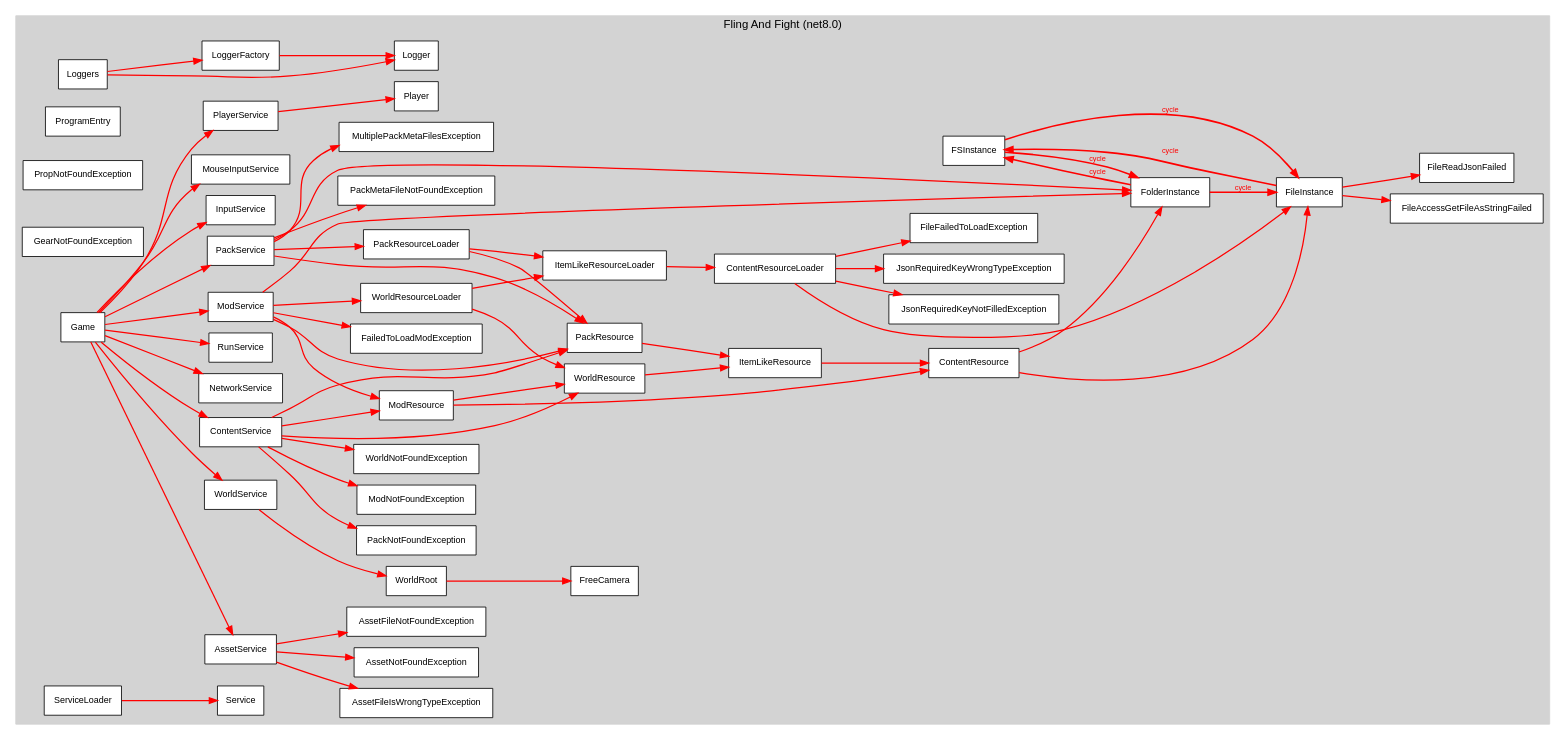
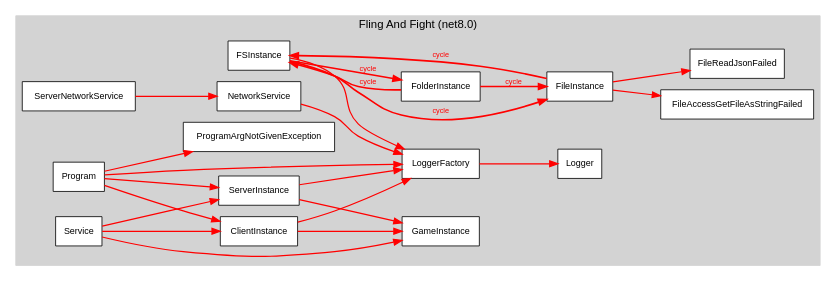
Before and after one commit to Nikaxe-dev/Fling-And-Fight: the diagram in FaF-GODOT/class-dependency-graph.dot, drawn with Graphviz. The commit also changed 16 other files, not shown here.

First line of the commit message:
feat: NetworkService

```diff
--- a/FaF-GODOT/class-dependency-graph.dot
+++ b/FaF-GODOT/class-dependency-graph.dot
@@ -11,59 +11,27 @@
     style="filled";
     color="lightgray";
 
-    "Fling And Fight.Loggers" [label="Loggers", fillcolor=white, tooltip="FaF.Debug.Loggers"];
-    "Fling And Fight.Logger" [label="Logger", fillcolor=white, tooltip="FaF.Debug.Logger"];
-    "Fling And Fight.LoggerFactory" [label="LoggerFactory", fillcolor=white, tooltip="FaF.Debug.LoggerFactory"];
-    "Fling And Fight.FSInstance" [label="FSInstance", fillcolor=white, tooltip="FaF.FileSystem.FSInstance"];
-    "Fling And Fight.FileInstance" [label="FileInstance", fillcolor=white, tooltip="FaF.FileSystem.FileInstance"];
-    "Fling And Fight.FileAccessGetFileAsStringFailed" [label="FileAccessGetFileAsStringFailed", fillcolor=white, tooltip="FaF.FileSystem.FileAccessGetFileAsStringFailed"];
-    "Fling And Fight.FileReadJsonFailed" [label="FileReadJsonFailed", fillcolor=white, tooltip="FaF.FileSystem.FileReadJsonFailed"];
-    "Fling And Fight.FolderInstance" [label="FolderInstance", fillcolor=white, tooltip="FaF.FileSystem.FolderInstance"];
-    "Fling And Fight.ProgramEntry" [label="ProgramEntry", fillcolor=white, tooltip="FaF.ProgramEntry"];
-    "Fling And Fight.AssetService" [label="AssetService", fillcolor=white, tooltip="FaF.Services.Content.AssetService"];
-    "Fling And Fight.AssetNotFoundException" [label="AssetNotFoundException", fillcolor=white, tooltip="FaF.Services.Content.AssetNotFoundException"];
-    "Fling And Fight.AssetFileNotFoundException" [label="AssetFileNotFoundException", fillcolor=white, tooltip="FaF.Services.Content.AssetFileNotFoundException"];
-    "Fling And Fight.AssetFileIsWrongTypeException" [label="AssetFileIsWrongTypeException", fillcolor=white, tooltip="FaF.Services.Content.AssetFileIsWrongTypeException"];
-    "Fling And Fight.ContentService" [label="ContentService", fillcolor=white, tooltip="FaF.Services.Content.ContentService"];
-    "Fling And Fight.PackNotFoundException" [label="PackNotFoundException", fillcolor=white, tooltip="FaF.Services.Content.PackNotFoundException"];
-    "Fling And Fight.ModNotFoundException" [label="ModNotFoundException", fillcolor=white, tooltip="FaF.Services.Content.ModNotFoundException"];
-    "Fling And Fight.WorldNotFoundException" [label="WorldNotFoundException", fillcolor=white, tooltip="FaF.Services.Content.WorldNotFoundException"];
-    "Fling And Fight.PropNotFoundException" [label="PropNotFoundException", fillcolor=white, tooltip="FaF.Services.Content.PropNotFoundException"];
-    "Fling And Fight.GearNotFoundException" [label="GearNotFoundException", fillcolor=white, tooltip="FaF.Services.Content.GearNotFoundException"];
-    "Fling And Fight.ContentResource" [label="ContentResource", fillcolor=white, tooltip="FaF.Services.Content.Resources.ContentResource"];
-    "Fling And Fight.ItemLikeResource" [label="ItemLikeResource", fillcolor=white, tooltip="FaF.Services.Content.Resources.ItemLikeResource"];
-    "Fling And Fight.ModResource" [label="ModResource", fillcolor=white, tooltip="FaF.Services.Content.Resources.ModResource"];
-    "Fling And Fight.PackResource" [label="PackResource", fillcolor=white, tooltip="FaF.Services.Content.Resources.PackResource"];
-    "Fling And Fight.WorldResource" [label="WorldResource", fillcolor=white, tooltip="FaF.Services.Content.Resources.WorldResource"];
-    "Fling And Fight.Game" [label="Game", fillcolor=white, tooltip="FaF.Services.Game"];
-    "Fling And Fight.NetworkService" [label="NetworkService", fillcolor=white, tooltip="FaF.Services.Lifecycle.NetworkService"];
-    "Fling And Fight.RunService" [label="RunService", fillcolor=white, tooltip="FaF.Services.Lifecycle.RunService"];
-    "Fling And Fight.ModService" [label="ModService", fillcolor=white, tooltip="FaF.Services.Modding.ModService"];
-    "Fling And Fight.FailedToLoadModException" [label="FailedToLoadModException", fillcolor=white, tooltip="FaF.Services.Modding.FailedToLoadModException"];
-    "Fling And Fight.PackService" [label="PackService", fillcolor=white, tooltip="FaF.Services.Modding.PackService"];
-    "Fling And Fight.PackMetaFileNotFoundException" [label="PackMetaFileNotFoundException", fillcolor=white, tooltip="FaF.Services.Modding.PackMetaFileNotFoundException"];
-    "Fling And Fight.MultiplePackMetaFilesException" [label="MultiplePackMetaFilesException", fillcolor=white, tooltip="FaF.Services.Modding.MultiplePackMetaFilesException"];
-    "Fling And Fight.ContentResourceLoader" [label="ContentResourceLoader", fillcolor=white, tooltip="FaF.Services.Modding.ResourceLoaders.ContentResourceLoader"];
-    "Fling And Fight.FileFailedToLoadException" [label="FileFailedToLoadException", fillcolor=white, tooltip="FaF.Services.Modding.ResourceLoaders.FileFailedToLoadException"];
-    "Fling And Fight.JsonRequiredKeyNotFilledException" [label="JsonRequiredKeyNotFilledException", fillcolor=white, tooltip="FaF.Services.Modding.ResourceLoaders.JsonRequiredKeyNotFilledException"];
-    "Fling And Fight.JsonRequiredKeyWrongTypeException" [label="JsonRequiredKeyWrongTypeException", fillcolor=white, tooltip="FaF.Services.Modding.ResourceLoaders.JsonRequiredKeyWrongTypeException"];
-    "Fling And Fight.ItemLikeResourceLoader" [label="ItemLikeResourceLoader", fillcolor=white, tooltip="FaF.Services.Modding.ResourceLoaders.ItemLikeResourceLoader"];
-    "Fling And Fight.PackResourceLoader" [label="PackResourceLoader", fillcolor=white, tooltip="FaF.Services.Modding.ResourceLoaders.PackResourceLoader"];
-    "Fling And Fight.WorldResourceLoader" [label="WorldResourceLoader", fillcolor=white, tooltip="FaF.Services.Modding.ResourceLoaders.WorldResourceLoader"];
-    "Fling And Fight.Service" [label="Service", fillcolor=white, tooltip="FaF.Services.Service"];
-    "Fling And Fight.ServiceLoader" [label="ServiceLoader", fillcolor=white, tooltip="FaF.Services.ServiceLoader"];
-    "Fling And Fight.InputService" [label="InputService", fillcolor=white, tooltip="FaF.Services.UserInput.InputService"];
-    "Fling And Fight.MouseInputService" [label="MouseInputService", fillcolor=white, tooltip="FaF.Services.UserInput.MouseInputService"];
-    "Fling And Fight.Player" [label="Player", fillcolor=white, tooltip="FaF.Services.World.Player"];
-    "Fling And Fight.PlayerService" [label="PlayerService", fillcolor=white, tooltip="FaF.Services.World.PlayerService"];
-    "Fling And Fight.WorldRoot" [label="WorldRoot", fillcolor=white, tooltip="FaF.Services.World.WorldRoot"];
-    "Fling And Fight.WorldService" [label="WorldService", fillcolor=white, tooltip="FaF.Services.World.WorldService"];
-    "Fling And Fight.FreeCamera" [label="FreeCamera", fillcolor=white, tooltip="FaF.Visuals.Camera.FreeCamera"];
+    "Fling And Fight.ClientInstance" [label="ClientInstance", fillcolor=white, tooltip="FaF.Client.ClientInstance"];
+    "Fling And Fight.Logger" [label="Logger", fillcolor=white, tooltip="FaF.Core.Debug.Logger"];
+    "Fling And Fight.LoggerFactory" [label="LoggerFactory", fillcolor=white, tooltip="FaF.Core.Debug.LoggerFactory"];
+    "Fling And Fight.FSInstance" [label="FSInstance", fillcolor=white, tooltip="FaF.Core.FileSystem.FSInstance"];
+    "Fling And Fight.FileInstance" [label="FileInstance", fillcolor=white, tooltip="FaF.Core.FileSystem.FileInstance"];
+    "Fling And Fight.FileAccessGetFileAsStringFailed" [label="FileAccessGetFileAsStringFailed", fillcolor=white, tooltip="FaF.Core.FileSystem.FileAccessGetFileAsStringFailed"];
+    "Fling And Fight.FileReadJsonFailed" [label="FileReadJsonFailed", fillcolor=white, tooltip="FaF.Core.FileSystem.FileReadJsonFailed"];
+    "Fling And Fight.FolderInstance" [label="FolderInstance", fillcolor=white, tooltip="FaF.Core.FileSystem.FolderInstance"];
+    "Fling And Fight.GameInstance" [label="GameInstance", fillcolor=white, tooltip="FaF.Core.GameInstance"];
+    "Fling And Fight.Program" [label="Program", fillcolor=white, tooltip="FaF.Core.Program"];
+    "Fling And Fight.ProgramArgNotGivenException" [label="ProgramArgNotGivenException", fillcolor=white, tooltip="FaF.Core.ProgramArgNotGivenException"];
+    "Fling And Fight.Service" [label="Service", fillcolor=white, tooltip="FaF.Core.Service"];
+    "Fling And Fight.NetworkService" [label="NetworkService", fillcolor=white, tooltip="FaF.Core.Services.Abstract.NetworkService"];
+    "Fling And Fight.ServerInstance" [label="ServerInstance", fillcolor=white, tooltip="FaF.Server.ServerInstance"];
+    "Fling And Fight.ServerNetworkService" [label="ServerNetworkService", fillcolor=white, tooltip="FaF.Server.Services.ServerNetworkService"];
   }
 
-  "Fling And Fight.Loggers" -> "Fling And Fight.LoggerFactory" [penwidth=1.5];
-  "Fling And Fight.Loggers" -> "Fling And Fight.Logger" [penwidth=1.5];
+  "Fling And Fight.ClientInstance" -> "Fling And Fight.GameInstance" [penwidth=1.5];
+  "Fling And Fight.ClientInstance" -> "Fling And Fight.LoggerFactory" [penwidth=1.5];
   "Fling And Fight.LoggerFactory" -> "Fling And Fight.Logger" [penwidth=1.5];
+  "Fling And Fight.FSInstance" -> "Fling And Fight.LoggerFactory" [penwidth=1.5];
   "Fling And Fight.FSInstance" -> "Fling And Fight.FolderInstance" [penwidth=1.5, color="#FF0000", penwidth=2.0, fontcolor="#FF0000", label="cycle"];
   "Fling And Fight.FSInstance" -> "Fling And Fight.FileInstance" [penwidth=1.5, color="#FF0000", penwidth=2.0, fontcolor="#FF0000", label="cycle"];
   "Fling And Fight.FileInstance" -> "Fling And Fight.FSInstance" [penwidth=1.5, color="#FF0000", penwidth=2.0, fontcolor="#FF0000", label="cycle"];
@@ -71,53 +39,15 @@
   "Fling And Fight.FileInstance" -> "Fling And Fight.FileReadJsonFailed" [penwidth=1.5];
   "Fling And Fight.FolderInstance" -> "Fling And Fight.FSInstance" [penwidth=1.5, color="#FF0000", penwidth=2.0, fontcolor="#FF0000", label="cycle"];
   "Fling And Fight.FolderInstance" -> "Fling And Fight.FileInstance" [penwidth=1.5, color="#FF0000", penwidth=2.0, fontcolor="#FF0000", label="cycle"];
-  "Fling And Fight.AssetService" -> "Fling And Fight.AssetNotFoundException" [penwidth=1.5];
-  "Fling And Fight.AssetService" -> "Fling And Fight.AssetFileIsWrongTypeException" [penwidth=1.5];
-  "Fling And Fight.AssetService" -> "Fling And Fight.AssetFileNotFoundException" [penwidth=1.5];
-  "Fling And Fight.ContentService" -> "Fling And Fight.PackNotFoundException" [penwidth=1.5];
-  "Fling And Fight.ContentService" -> "Fling And Fight.ModNotFoundException" [penwidth=1.5];
-  "Fling And Fight.ContentService" -> "Fling And Fight.WorldNotFoundException" [penwidth=1.5];
-  "Fling And Fight.ContentService" -> "Fling And Fight.PackResource" [penwidth=1.5];
-  "Fling And Fight.ContentService" -> "Fling And Fight.ModResource" [penwidth=1.5];
-  "Fling And Fight.ContentService" -> "Fling And Fight.WorldResource" [penwidth=1.5];
-  "Fling And Fight.ContentResource" -> "Fling And Fight.FileInstance" [penwidth=1.5];
-  "Fling And Fight.ContentResource" -> "Fling And Fight.FolderInstance" [penwidth=1.5];
-  "Fling And Fight.ItemLikeResource" -> "Fling And Fight.ContentResource" [penwidth=1.5];
-  "Fling And Fight.ModResource" -> "Fling And Fight.ContentResource" [penwidth=1.5];
-  "Fling And Fight.ModResource" -> "Fling And Fight.WorldResource" [penwidth=1.5];
-  "Fling And Fight.PackResource" -> "Fling And Fight.ItemLikeResource" [penwidth=1.5];
-  "Fling And Fight.WorldResource" -> "Fling And Fight.ItemLikeResource" [penwidth=1.5];
-  "Fling And Fight.Game" -> "Fling And Fight.NetworkService" [penwidth=1.5];
-  "Fling And Fight.Game" -> "Fling And Fight.InputService" [penwidth=1.5];
-  "Fling And Fight.Game" -> "Fling And Fight.MouseInputService" [penwidth=1.5];
-  "Fling And Fight.Game" -> "Fling And Fight.RunService" [penwidth=1.5];
-  "Fling And Fight.Game" -> "Fling And Fight.WorldService" [penwidth=1.5];
-  "Fling And Fight.Game" -> "Fling And Fight.PlayerService" [penwidth=1.5];
-  "Fling And Fight.Game" -> "Fling And Fight.PackService" [penwidth=1.5];
-  "Fling And Fight.Game" -> "Fling And Fight.ModService" [penwidth=1.5];
-  "Fling And Fight.Game" -> "Fling And Fight.ContentService" [penwidth=1.5];
-  "Fling And Fight.Game" -> "Fling And Fight.AssetService" [penwidth=1.5];
-  "Fling And Fight.ModService" -> "Fling And Fight.FailedToLoadModException" [penwidth=1.5];
-  "Fling And Fight.ModService" -> "Fling And Fight.WorldResourceLoader" [penwidth=1.5];
-  "Fling And Fight.ModService" -> "Fling And Fight.ModResource" [penwidth=1.5];
-  "Fling And Fight.ModService" -> "Fling And Fight.FolderInstance" [penwidth=1.5];
-  "Fling And Fight.ModService" -> "Fling And Fight.PackResource" [penwidth=1.5];
-  "Fling And Fight.PackService" -> "Fling And Fight.MultiplePackMetaFilesException" [penwidth=1.5];
-  "Fling And Fight.PackService" -> "Fling And Fight.PackMetaFileNotFoundException" [penwidth=1.5];
-  "Fling And Fight.PackService" -> "Fling And Fight.PackResourceLoader" [penwidth=1.5];
-  "Fling And Fight.PackService" -> "Fling And Fight.FolderInstance" [penwidth=1.5];
-  "Fling And Fight.PackService" -> "Fling And Fight.PackResource" [penwidth=1.5];
-  "Fling And Fight.ContentResourceLoader" -> "Fling And Fight.FileFailedToLoadException" [penwidth=1.5];
-  "Fling And Fight.ContentResourceLoader" -> "Fling And Fight.JsonRequiredKeyNotFilledException" [penwidth=1.5];
-  "Fling And Fight.ContentResourceLoader" -> "Fling And Fight.JsonRequiredKeyWrongTypeException" [penwidth=1.5];
-  "Fling And Fight.ContentResourceLoader" -> "Fling And Fight.FileInstance" [penwidth=1.5];
-  "Fling And Fight.ItemLikeResourceLoader" -> "Fling And Fight.ContentResourceLoader" [penwidth=1.5];
-  "Fling And Fight.PackResourceLoader" -> "Fling And Fight.ItemLikeResourceLoader" [penwidth=1.5];
-  "Fling And Fight.PackResourceLoader" -> "Fling And Fight.PackResource" [penwidth=1.5];
-  "Fling And Fight.WorldResourceLoader" -> "Fling And Fight.ItemLikeResourceLoader" [penwidth=1.5];
-  "Fling And Fight.WorldResourceLoader" -> "Fling And Fight.WorldResource" [penwidth=1.5];
-  "Fling And Fight.ServiceLoader" -> "Fling And Fight.Service" [penwidth=1.5];
-  "Fling And Fight.PlayerService" -> "Fling And Fight.Player" [penwidth=1.5];
-  "Fling And Fight.WorldRoot" -> "Fling And Fight.FreeCamera" [penwidth=1.5];
-  "Fling And Fight.WorldService" -> "Fling And Fight.WorldRoot" [penwidth=1.5];
+  "Fling And Fight.Program" -> "Fling And Fight.ProgramArgNotGivenException" [penwidth=1.5];
+  "Fling And Fight.Program" -> "Fling And Fight.LoggerFactory" [penwidth=1.5];
+  "Fling And Fight.Program" -> "Fling And Fight.ServerInstance" [penwidth=1.5];
+  "Fling And Fight.Program" -> "Fling And Fight.ClientInstance" [penwidth=1.5];
+  "Fling And Fight.Service" -> "Fling And Fight.GameInstance" [penwidth=1.5];
+  "Fling And Fight.Service" -> "Fling And Fight.ServerInstance" [penwidth=1.5];
+  "Fling And Fight.Service" -> "Fling And Fight.ClientInstance" [penwidth=1.5];
+  "Fling And Fight.NetworkService" -> "Fling And Fight.LoggerFactory" [penwidth=1.5];
+  "Fling And Fight.ServerInstance" -> "Fling And Fight.GameInstance" [penwidth=1.5];
+  "Fling And Fight.ServerInstance" -> "Fling And Fight.LoggerFactory" [penwidth=1.5];
+  "Fling And Fight.ServerNetworkService" -> "Fling And Fight.NetworkService" [penwidth=1.5];
 }
```
